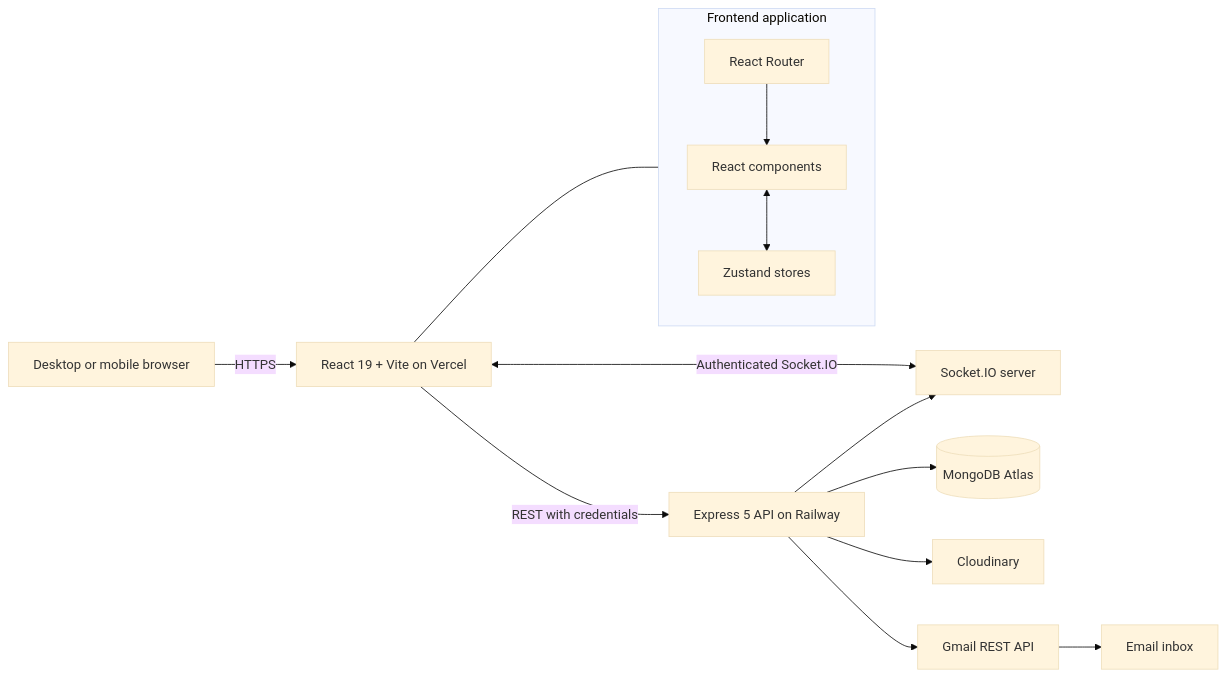
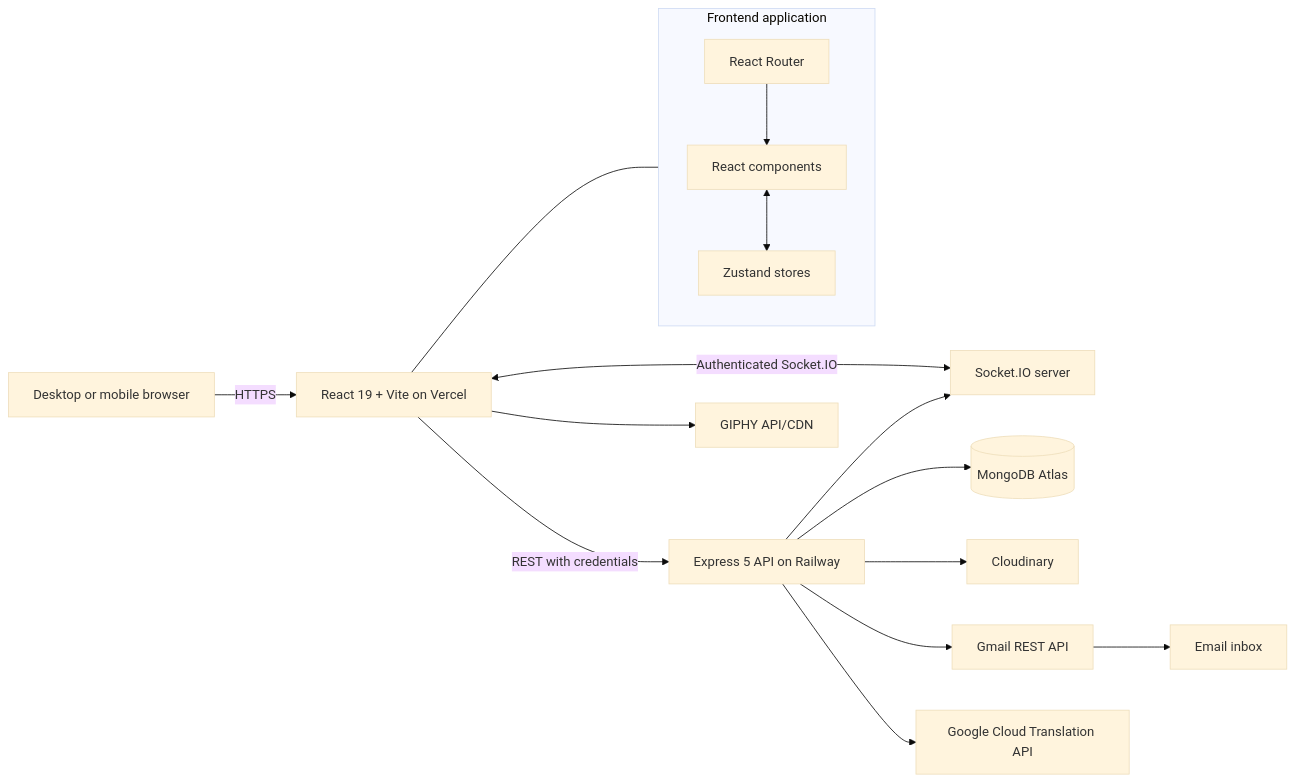
One commit to Saurav11343/click-chat changed the first of 7 diagrams in docs/02-system-architecture.md. Above: the diagram before and after it, drawn with Mermaid (base theme). The commit also changed other lines of this file and 12 other files, not shown here.

````diff
--- a/docs/02-system-architecture.md
+++ b/docs/02-system-architecture.md
@@ -5,21 +5,23 @@
 ```mermaid
 flowchart LR
     U["Desktop or mobile browser"] -->|"HTTPS"| V["React 19 + Vite on Vercel"]
     V -->|"REST with credentials"| E["Express 5 API on Railway"]
     V <-->|"Authenticated Socket.IO"| S["Socket.IO server"]
     E --> M[("MongoDB Atlas")]
     E --> C["Cloudinary"]
     E --> G["Gmail REST API"]
+    E --> T["Google Cloud Translation API"]
+    V --> Y["GIPHY API/CDN"]
     G --> I["Email inbox"]
     E --> S
 
     subgraph Client["Frontend application"]
       R["React Router"]
       Z["Zustand stores"]
       UI["React components"]
       R --> UI
       UI <--> Z
     end
 
     V --- Client
 ```
````
